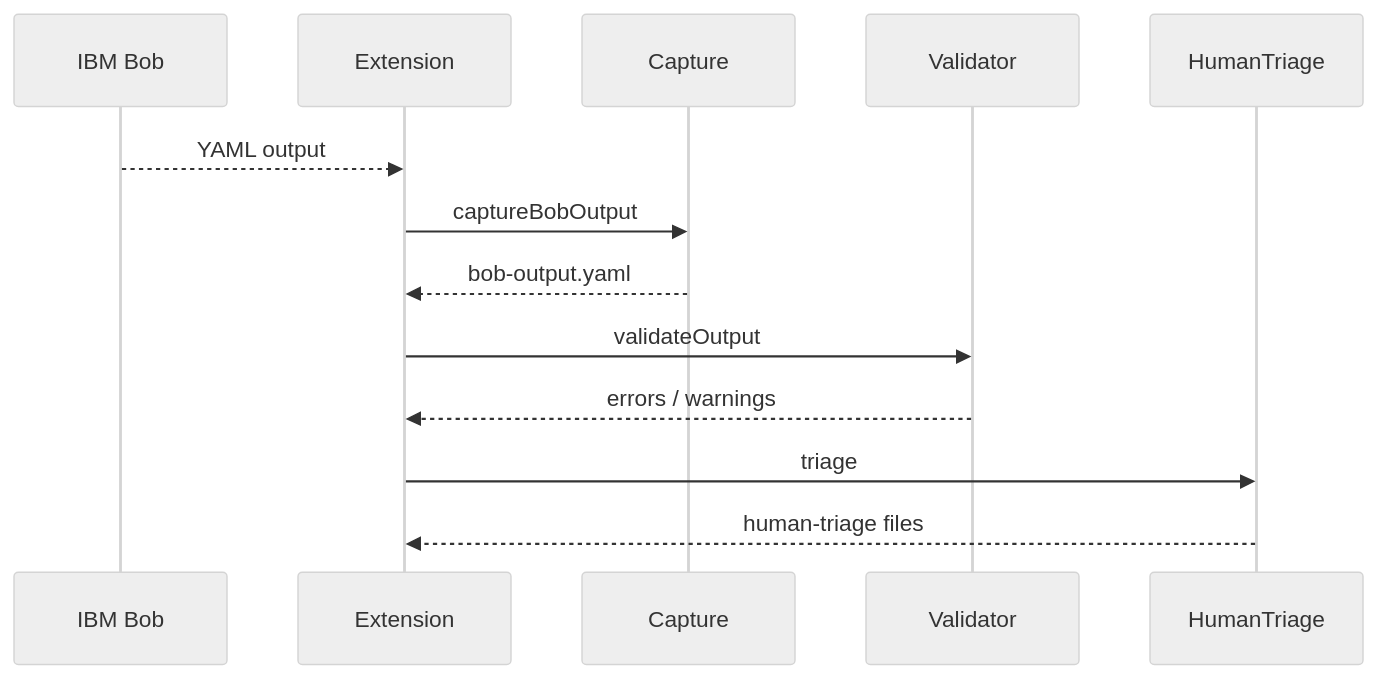
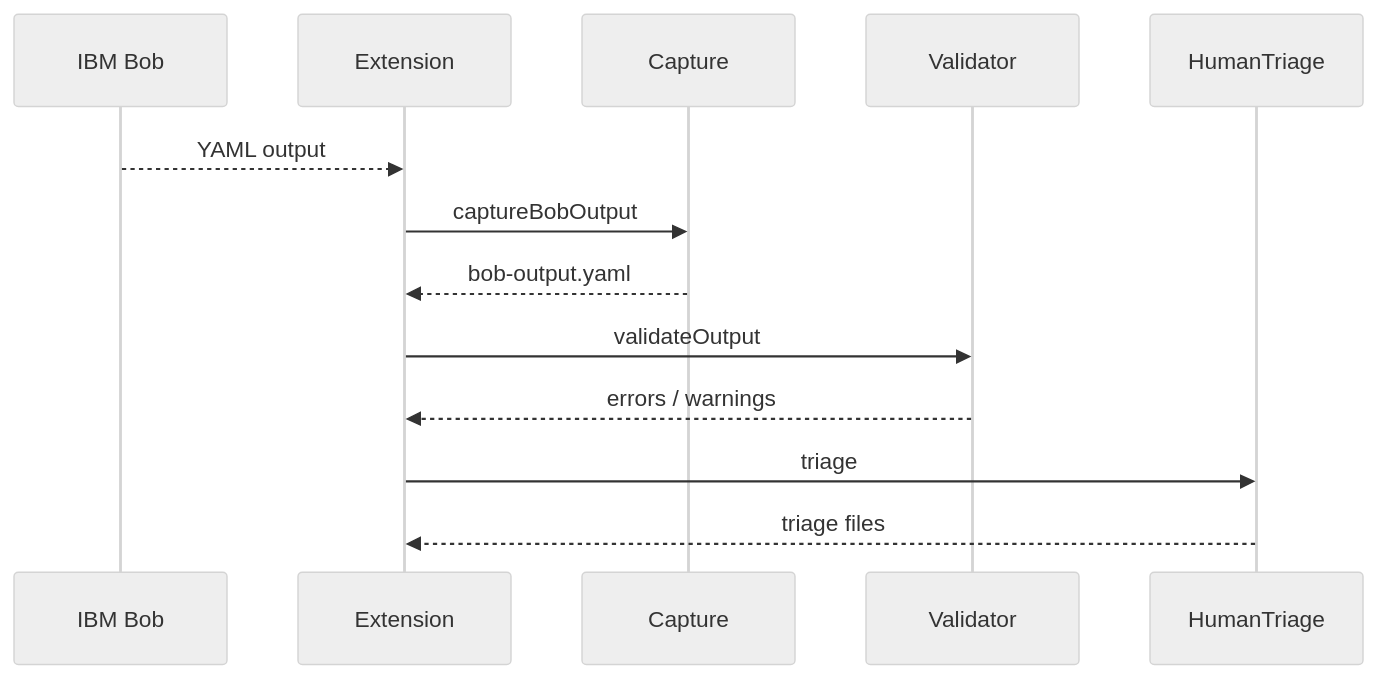
One commit to katamor1/CUSTUM_MODE changed the third of 3 diagrams in v2/extensions/bob-code-consistency-review/docs/basic-design-ja.md. Above: the diagram before and after it, drawn with Mermaid (neutral theme). The commit also changed other lines of this file and 59 other files, not shown here.

````diff
--- a/v2/extensions/bob-code-consistency-review/docs/basic-design-ja.md
+++ b/v2/extensions/bob-code-consistency-review/docs/basic-design-ja.md
@@ -213,16 +220,16 @@
 ```mermaid
 sequenceDiagram
   participant Bob as IBM Bob
   participant E as Extension
   participant C as Capture
   participant V as Validator
   participant H as HumanTriage
 
   Bob-->>E: YAML output
   E->>C: captureBobOutput
   C-->>E: bob-output.yaml
   E->>V: validateOutput
   V-->>E: errors / warnings
   E->>H: triage
-  H-->>E: human-triage files
+  H-->>E: triage files
 ```
````
